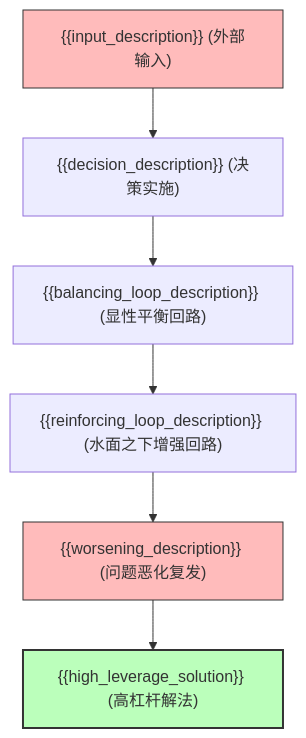
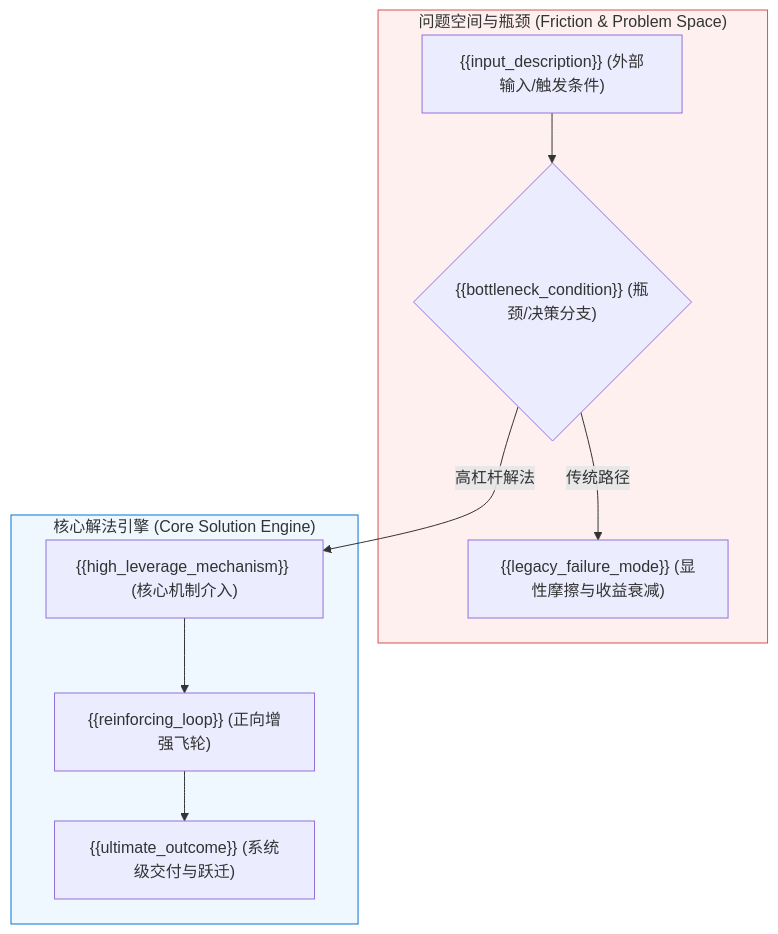
Before and after one commit to Mark393295827/third-brain-v7-skills: the diagram in system/templates/template-concept-gold-standard.md, drawn with Mermaid. The commit also changed other lines of this file and 53 other files, not shown here.

````diff
--- a/system/templates/template-concept-gold-standard.md
+++ b/system/templates/template-concept-gold-standard.md
@@ -32,11 +44,16 @@
 ```mermaid
-graph TD
-    A["{{input_description}} (外部输入)"] --> B["{{decision_description}} (决策实施)"]
-    B --> C["{{balancing_loop_description}} (显性平衡回路)"]
-    C --> D["{{reinforcing_loop_description}} (水面之下增强回路)"]
-    D --> E["{{worsening_description}} (问题恶化复发)"]
-    E --> F["{{high_leverage_solution}} (高杠杆解法)"]
-    style A fill:#fbb,stroke:#333
-    style E fill:#fbb,stroke:#333
-    style F fill:#bfb,stroke:#333,stroke-width:2px
+flowchart TD
+    subgraph ProblemSpace ["问题空间与瓶颈 (Friction & Problem Space)"]
+        A["{{input_description}} (外部输入/触发条件)"] --> B{"{{bottleneck_condition}} (瓶颈/决策分支)"}
+        B -->|传统路径| C["{{legacy_failure_mode}} (显性摩擦与收益衰减)"]
+    end
+
+    subgraph SolutionEngine ["核心解法引擎 (Core Solution Engine)"]
+        B -->|高杠杆解法| D["{{high_leverage_mechanism}} (核心机制介入)"]
+        D --> E["{{reinforcing_loop}} (正向增强飞轮)"]
+        E --> F["{{ultimate_outcome}} (系统级交付与跃迁)"]
+    end
+
+    style ProblemSpace fill:#fff0f0,stroke:#d9534f,stroke-width:1px
+    style SolutionEngine fill:#f0f8ff,stroke:#0275d8,stroke-width:1px
 ```
````
